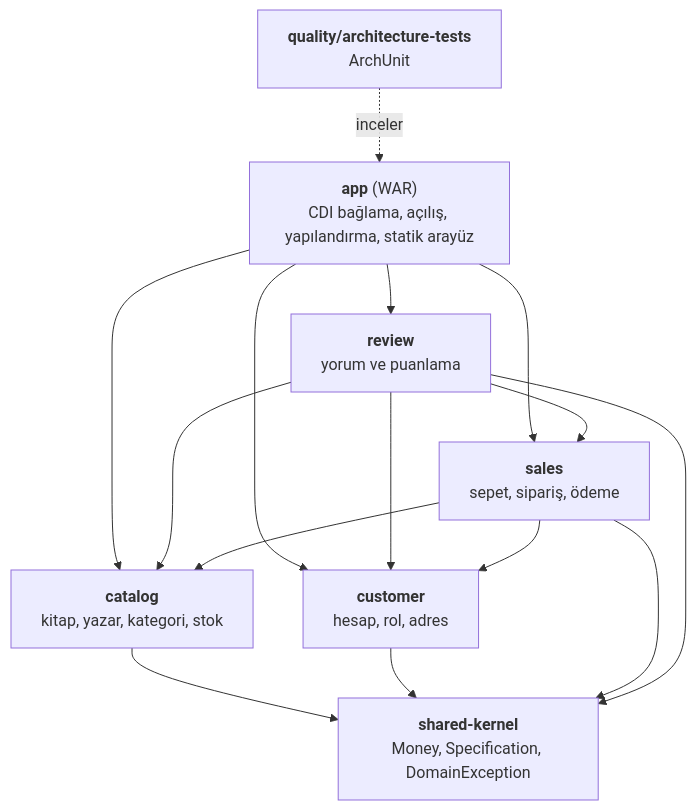
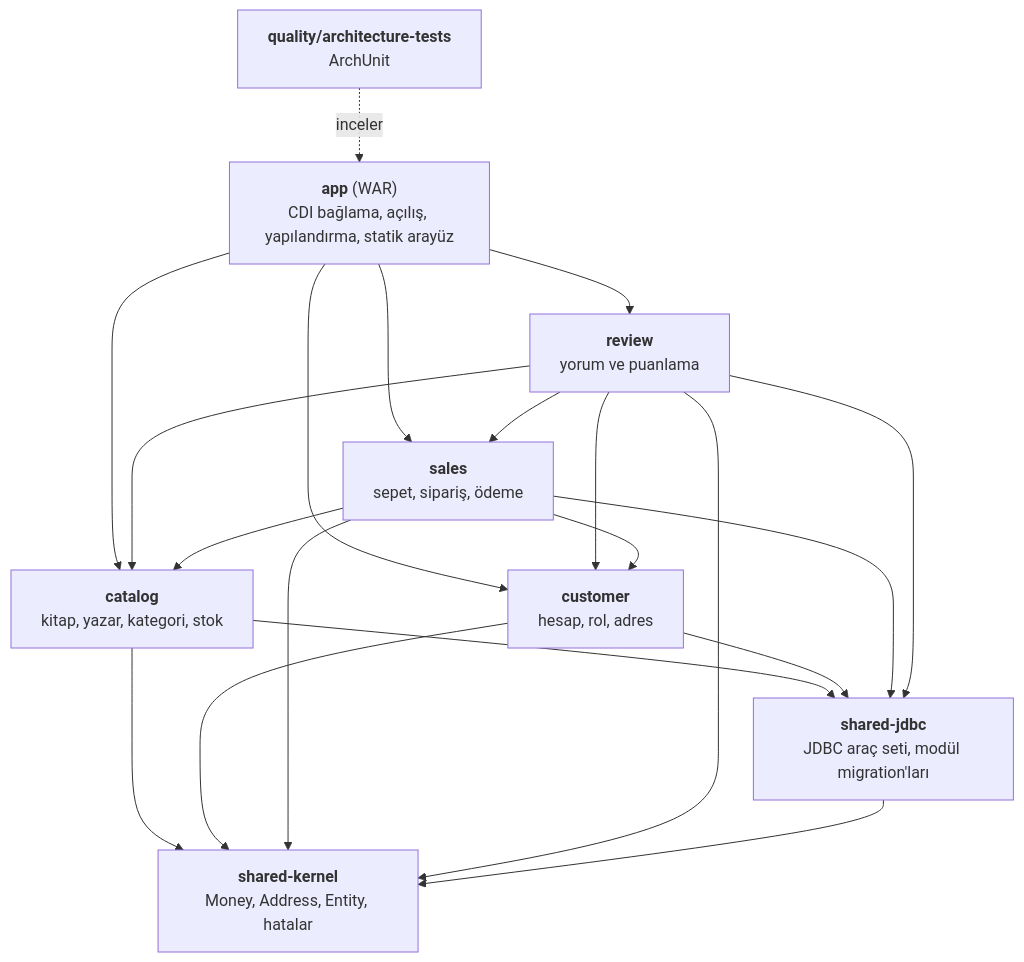
One commit to omerberatt/book-store changed the first of 3 diagrams in docs/ARCHITECTURE.md. Above: the diagram before and after it, drawn with Mermaid. The commit also changed other lines of this file and 400 other files, not shown here.

````diff
--- a/docs/ARCHITECTURE.md
+++ b/docs/ARCHITECTURE.md
@@ -29,25 +29,31 @@
 ```mermaid
 graph TD
     app["<b>app</b> (WAR)<br/>CDI bağlama, açılış, yapılandırma, statik arayüz"]
     review["<b>review</b><br/>yorum ve puanlama"]
     sales["<b>sales</b><br/>sepet, sipariş, ödeme"]
     catalog["<b>catalog</b><br/>kitap, yazar, kategori, stok"]
     customer["<b>customer</b><br/>hesap, rol, adres"]
-    kernel["<b>shared-kernel</b><br/>Money, Specification, DomainException"]
+    kernel["<b>shared-kernel</b><br/>Money, Address, Entity, hatalar"]
+    jdbc["<b>shared-jdbc</b><br/>JDBC araç seti, modül migration'ları"]
     arch["<b>quality/architecture-tests</b><br/>ArchUnit"]
 
     app --> review
     app --> sales
     app --> catalog
     app --> customer
     review --> sales
     review --> catalog
     review --> customer
     sales --> catalog
     sales --> customer
     catalog --> kernel
     customer --> kernel
     sales --> kernel
     review --> kernel
+    catalog --> jdbc
+    customer --> jdbc
+    sales --> jdbc
+    review --> jdbc
+    jdbc --> kernel
     arch -. inceler .-> app
 ```
````
